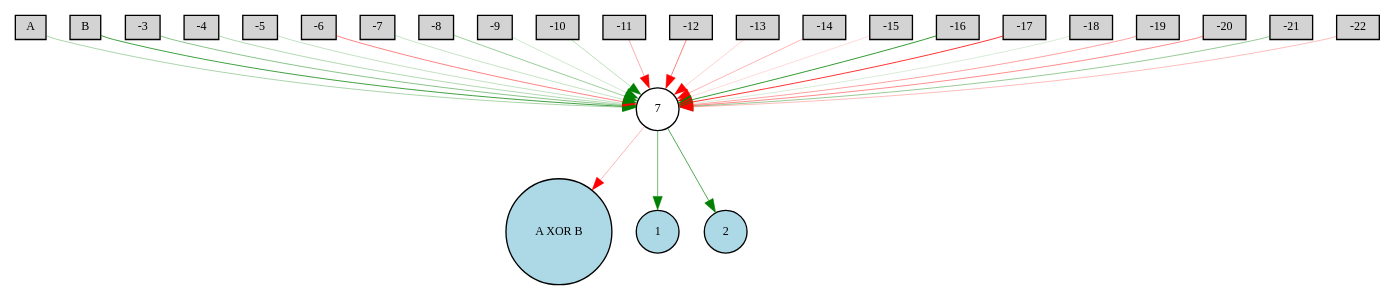
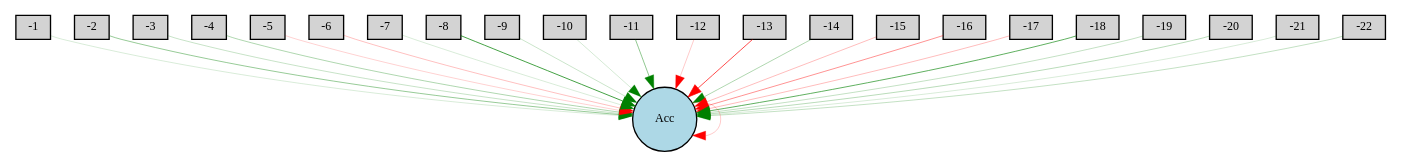
The diagram in Digraph.gv (arashparnia/torcs), drawn with Graphviz before and after one commit. The commit also changed 62 other files, not shown here.

```diff
--- a/Digraph.gv
+++ b/Digraph.gv
@@ -1,54 +1,49 @@
 digraph {
 	node [fontsize=9 height=0.2 shape=circle width=0.2]
-	A [fillcolor=lightgray shape=box style=filled]
-	B [fillcolor=lightgray shape=box style=filled]
+	-1 [fillcolor=lightgray shape=box style=filled]
+	-2 [fillcolor=lightgray shape=box style=filled]
 	-3 [fillcolor=lightgray shape=box style=filled]
 	-4 [fillcolor=lightgray shape=box style=filled]
 	-5 [fillcolor=lightgray shape=box style=filled]
 	-6 [fillcolor=lightgray shape=box style=filled]
 	-7 [fillcolor=lightgray shape=box style=filled]
 	-8 [fillcolor=lightgray shape=box style=filled]
 	-9 [fillcolor=lightgray shape=box style=filled]
 	-10 [fillcolor=lightgray shape=box style=filled]
 	-11 [fillcolor=lightgray shape=box style=filled]
 	-12 [fillcolor=lightgray shape=box style=filled]
 	-13 [fillcolor=lightgray shape=box style=filled]
 	-14 [fillcolor=lightgray shape=box style=filled]
 	-15 [fillcolor=lightgray shape=box style=filled]
 	-16 [fillcolor=lightgray shape=box style=filled]
 	-17 [fillcolor=lightgray shape=box style=filled]
 	-18 [fillcolor=lightgray shape=box style=filled]
 	-19 [fillcolor=lightgray shape=box style=filled]
 	-20 [fillcolor=lightgray shape=box style=filled]
 	-21 [fillcolor=lightgray shape=box style=filled]
 	-22 [fillcolor=lightgray shape=box style=filled]
-	"A XOR B" [fillcolor=lightblue style=filled]
-	1 [fillcolor=lightblue style=filled]
-	2 [fillcolor=lightblue style=filled]
-	7 [fillcolor=white style=filled]
-	A -> 7 [color=green penwidth=0.2542828169448609 style=solid]
-	B -> 7 [color=green penwidth=0.5626524194993764 style=solid]
-	-3 -> 7 [color=green penwidth=0.3464285952130184 style=solid]
-	-4 -> 7 [color=green penwidth=0.23304787876174501 style=solid]
-	-5 -> 7 [color=green penwidth=0.17827979594158383 style=solid]
-	-6 -> 7 [color=red penwidth=0.36806911243739737 style=solid]
-	-7 -> 7 [color=green penwidth=0.1654799267419898 style=solid]
-	-8 -> 7 [color=green penwidth=0.30151698660742565 style=solid]
-	-9 -> 7 [color=green penwidth=0.1370786816492695 style=solid]
-	-10 -> 7 [color=green penwidth=0.2047620392526776 style=solid]
-	-11 -> 7 [color=red penwidth=0.25066399401924777 style=solid]
-	-12 -> 7 [color=red penwidth=0.37910090585819156 style=solid]
-	-13 -> 7 [color=red penwidth=0.13903708591923342 style=solid]
-	-14 -> 7 [color=red penwidth=0.21979651584042217 style=solid]
-	-15 -> 7 [color=red penwidth=0.10689327908351894 style=solid]
-	-16 -> 7 [color=green penwidth=0.6039786519088398 style=solid]
-	-17 -> 7 [color=red penwidth=0.602830919793443 style=solid]
-	-18 -> 7 [color=green penwidth=0.12431987409999332 style=solid]
-	-19 -> 7 [color=red penwidth=0.28000887959659937 style=solid]
-	-20 -> 7 [color=red penwidth=0.33611919638223864 style=solid]
-	-21 -> 7 [color=green penwidth=0.30583032356520945 style=solid]
-	-22 -> 7 [color=red penwidth=0.2023979841564046 style=solid]
-	7 -> "A XOR B" [color=red penwidth=0.21593611516506042 style=solid]
-	7 -> 1 [color=green penwidth=0.4101970818262809 style=solid]
-	7 -> 2 [color=green penwidth=0.5101558485318396 style=solid]
+	Acc [fillcolor=lightblue style=filled]
+	-1 -> Acc [color=green penwidth=0.11831565274374485 style=solid]
+	-2 -> Acc [color=green penwidth=0.31120912171839127 style=solid]
+	-3 -> Acc [color=green penwidth=0.16634996775885652 style=solid]
+	-4 -> Acc [color=green penwidth=0.24201091726612187 style=solid]
+	-5 -> Acc [color=red penwidth=0.13610185291274346 style=solid]
+	-6 -> Acc [color=red penwidth=0.18547345628488038 style=solid]
+	-7 -> Acc [color=green penwidth=0.11625698908177132 style=solid]
+	-8 -> Acc [color=green penwidth=0.553574966705724 style=solid]
+	-9 -> Acc [color=green penwidth=0.16484992781996194 style=solid]
+	-10 -> Acc [color=green penwidth=0.13304215146987372 style=solid]
+	-11 -> Acc [color=green penwidth=0.3338198462990361 style=solid]
+	-12 -> Acc [color=red penwidth=0.16428658486133874 style=solid]
+	-13 -> Acc [color=red penwidth=0.5334584867550445 style=solid]
+	-14 -> Acc [color=green penwidth=0.2378125037061865 style=solid]
+	-15 -> Acc [color=red penwidth=0.2048160471192163 style=solid]
+	-16 -> Acc [color=red penwidth=0.3151883996178012 style=solid]
+	-17 -> Acc [color=red penwidth=0.19642775010575733 style=solid]
+	-18 -> Acc [color=green penwidth=0.4662260674972608 style=solid]
+	-19 -> Acc [color=green penwidth=0.18209050083078282 style=solid]
+	-20 -> Acc [color=green penwidth=0.21261199783646534 style=solid]
+	-21 -> Acc [color=green penwidth=0.12121084959751198 style=solid]
+	-22 -> Acc [color=green penwidth=0.18010834042566914 style=solid]
+	Acc -> Acc [color=red penwidth=0.1626072161573608 style=solid]
 }
```
